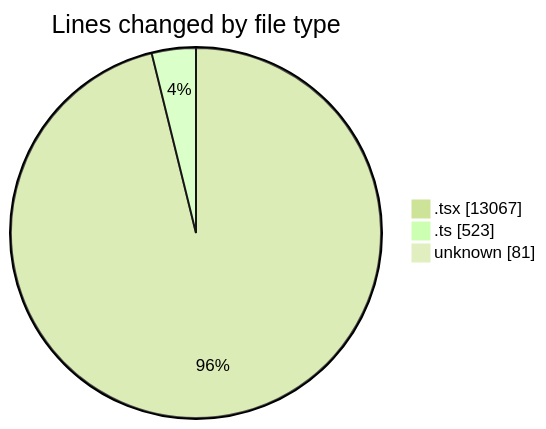
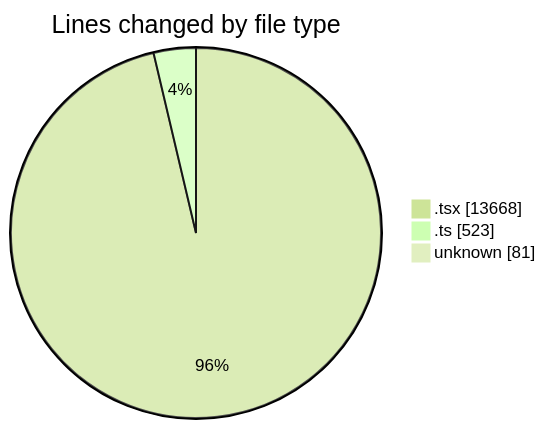
One commit to nxtqubesakshisongat/code-tracking changed the first of 2 diagrams in 2026-04-05/nxtqube_webapp/README.md. Above: the diagram before and after it, drawn with Mermaid (forest theme). The commit also changed other lines of this file and 1 other file, not shown here.

````diff
--- a/2026-04-05/nxtqube_webapp/README.md
+++ b/2026-04-05/nxtqube_webapp/README.md
@@ -27,7 +27,7 @@
 ```mermaid
 pie showData
 title Lines changed by file type
-".tsx" : 13067
+".tsx" : 13668
 ".ts" : 523
 "unknown" : 81
 ```
````
